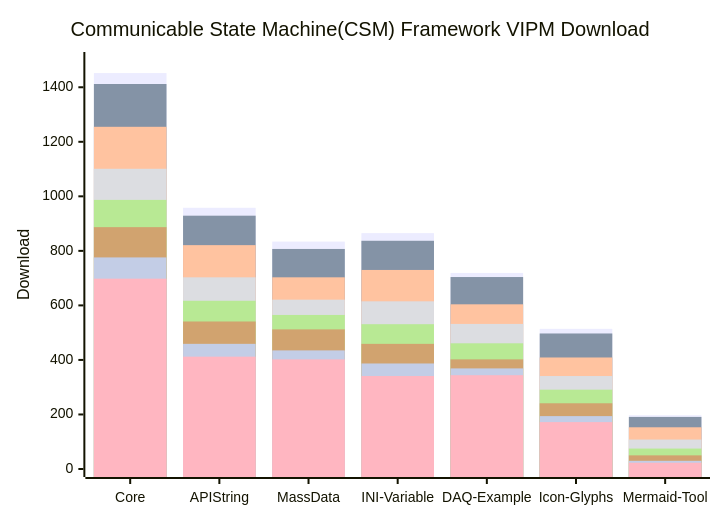
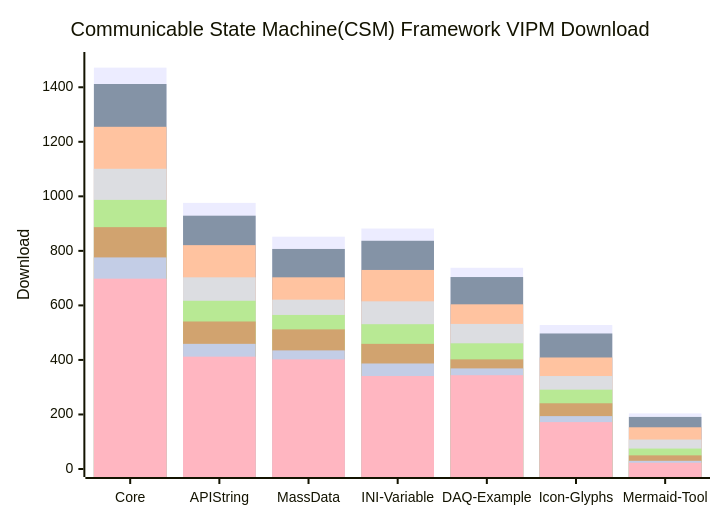
Before and after one commit to NEVSTOP-LAB/.github: the diagram in profile/README.md, drawn with Mermaid.

````diff
--- a/profile/README.md
+++ b/profile/README.md
@@ -31,14 +31,14 @@
 ```mermaid
     xychart-beta
     title "Communicable State Machine(CSM) Framework VIPM Download"
     x-axis [Core, API String, MassData, INI-Variable, DAQ-Example, Icon-Glyphs, Mermaid-Tool]
     y-axis "Download" 0 --> 1500
-    bar   [1452, 958, 834, 865, 719, 514, 197]
+    bar   [1472, 976, 852, 882, 738, 528, 204]
     bar   [1412, 929, 807, 837, 704, 497, 191]
     bar   [1255, 821, 703, 730, 604, 409, 153]
     bar   [1101, 703, 621, 615, 532, 341, 108]
     bar   [987, 617, 565, 531, 461, 291, 75]
     bar   [887, 541, 512, 459, 402, 241, 50]
     bar   [776, 459, 435, 387, 369, 194, 30]
     bar   [698, 412, 402, 341, 344, 172, 23]
 ```
````
